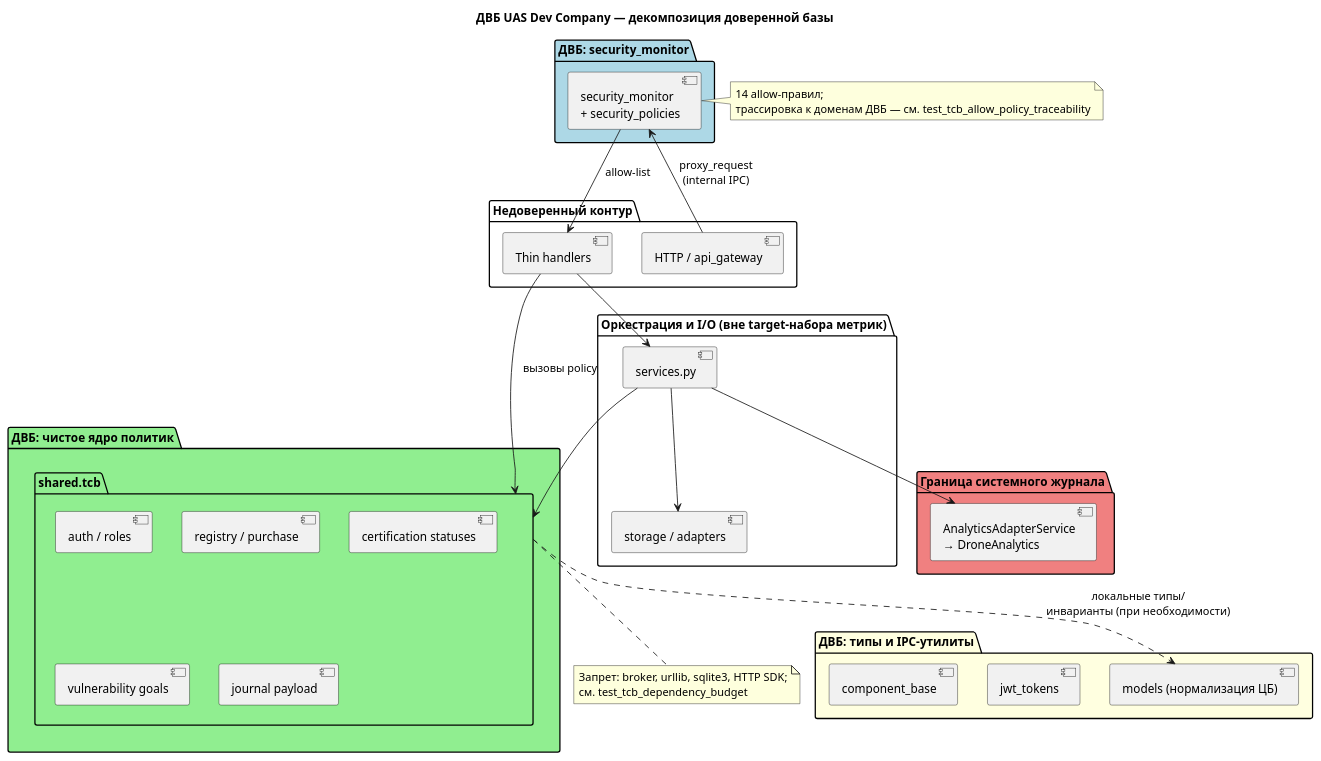
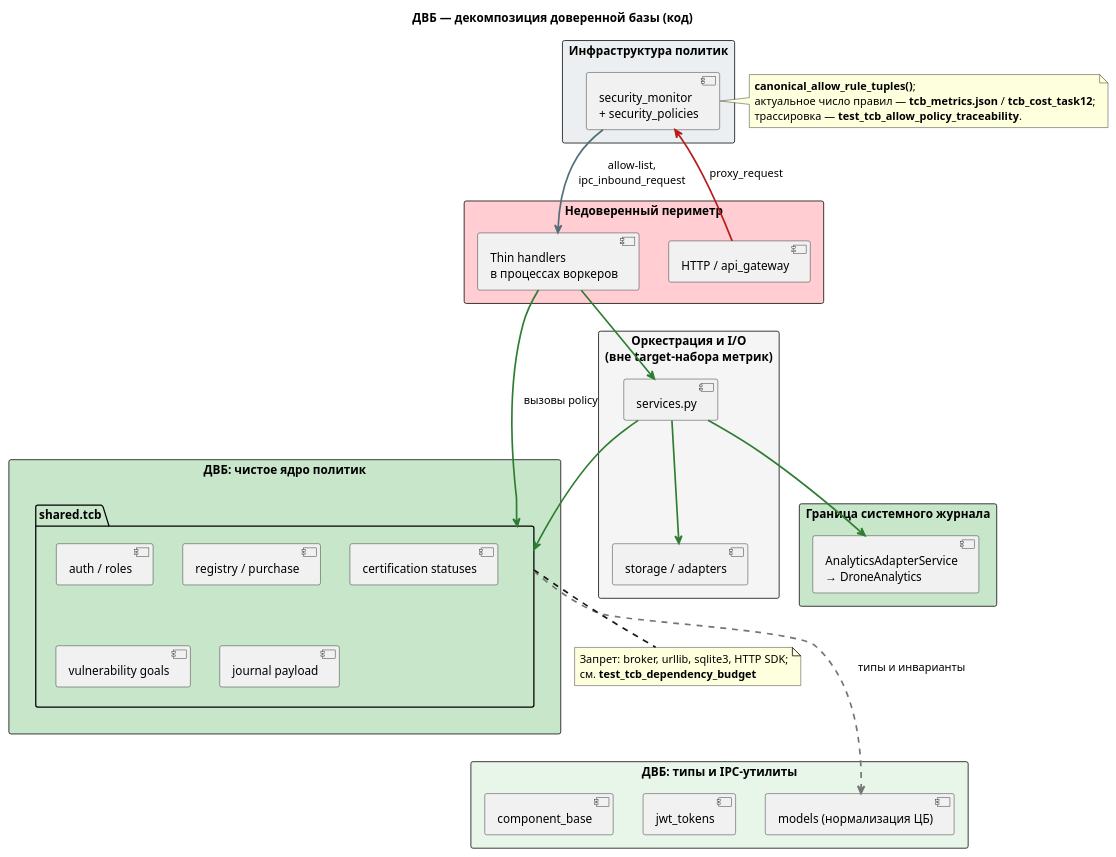
Before and after one commit to sergeysobolev-spbu/sbd-drones-economics: the diagram in systems/uas_dev_company/docs/diagrams/tcb_decomposition.puml, drawn with PlantUML. The commit also changed 108 other files, not shown here.

First line of the commit message:
feat(uas_dev_company): domain SQLite, worker image, TCB tooling

```diff
--- a/systems/uas_dev_company/docs/diagrams/tcb_decomposition.puml
+++ b/systems/uas_dev_company/docs/diagrams/tcb_decomposition.puml
@@ -1,57 +1,62 @@
 @startuml tcb_decomposition
-title ДВБ UAS Dev Company — декомпозиция доверенной базы
+title ДВБ — декомпозиция доверенной базы (код)
 
-package "Недоверенный контур" {
+skinparam defaultFontName "SansSerif"
+skinparam packageStyle rectangle
+skinparam ArrowThickness 2
+
+package "Недоверенный периметр" #FFCDD2 {
   [HTTP / api_gateway] as GW
-  [Thin handlers] as TH
+  [Thin handlers\nв процессах воркеров] as TH
 }
 
-package "ДВБ: security_monitor" #LightBlue {
+package "Инфраструктура политик" #ECEFF1 {
   [security_monitor\n+ security_policies] as MON
 }
 
-package "ДВБ: чистое ядро политик" #LightGreen {
+package "ДВБ: чистое ядро политик" #C8E6C9 {
   folder shared.tcb as TCB {
     [auth / roles] as POL1
     [registry / purchase] as POL2
     [certification statuses] as POL3
     [vulnerability goals] as POL4
     [journal payload] as POL5
   }
 }
 
-package "ДВБ: типы и IPC-утилиты" #LightYellow {
+package "ДВБ: типы и IPC-утилиты" #E8F5E9 {
   [models (нормализация ЦБ)] as MOD
   [jwt_tokens] as JWT
   [component_base] as CB
 }
 
-package "Оркестрация и I/O (вне target-набора метрик)" #White {
+package "Оркестрация и I/O\n(вне target-набора метрик)" #F5F5F5 {
   [services.py] as SVC
   [storage / adapters] as STO
 }
 
-package "Граница системного журнала" #LightCoral {
+package "Граница системного журнала" #C8E6C9 {
   [AnalyticsAdapterService\n→ DroneAnalytics] as AN
 }
 
-GW --> MON : proxy_request\n(internal IPC)
-MON --> TH : allow-list
-TH --> TCB : вызовы policy
-TH --> SVC
-SVC --> TCB
-SVC --> STO
-SVC --> AN
-TCB ..> MOD : локальные типы/\nинварианты (при необходимости)
+GW -[#B71C1C]-> MON : proxy_request
+MON -[#546E7A]-> TH : allow-list,\nipc_inbound_request
+TH -[#2E7D32]-> TCB : вызовы policy
+TH -[#2E7D32]-> SVC
+SVC -[#2E7D32]-> TCB
+SVC -[#2E7D32]-> STO
+SVC -[#2E7D32]-> AN
+TCB ..[#757575].> MOD : типы и инварианты
 
 note right of MON
-  14 allow-правил;
-  трассировка к доменам ДВБ — см. test_tcb_allow_policy_traceability
+  **canonical_allow_rule_tuples()**;
+  актуальное число правил — **tcb_metrics.json** / **tcb_cost_task12**;
+  трассировка — **test_tcb_allow_policy_traceability**.
 end note
 
 note bottom of TCB
   Запрет: broker, urllib, sqlite3, HTTP SDK;
-  см. test_tcb_dependency_budget
+  см. **test_tcb_dependency_budget**
 end note
 
 @enduml
```
